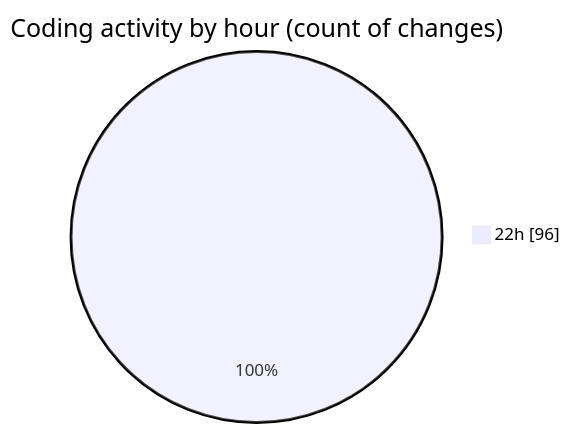
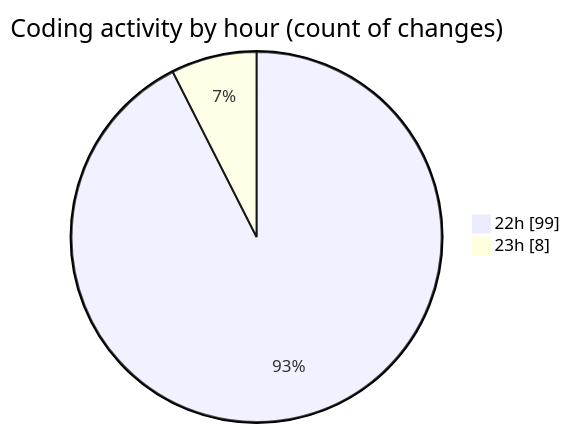
Before and after one commit to Ritupan-Deka/code-tracking: the second of 2 diagrams in 2026-01-10/dsa/README.md, drawn with Mermaid. The commit also changed other lines of this file and 1 other file, not shown here.

````diff
--- a/2026-01-10/dsa/README.md
+++ b/2026-01-10/dsa/README.md
@@ -30,5 +30,6 @@
 ```mermaid
 pie showData
 title Coding activity by hour (count of changes)
-"22h" : 96
+"22h" : 99
+"23h" : 8
 ```
````
